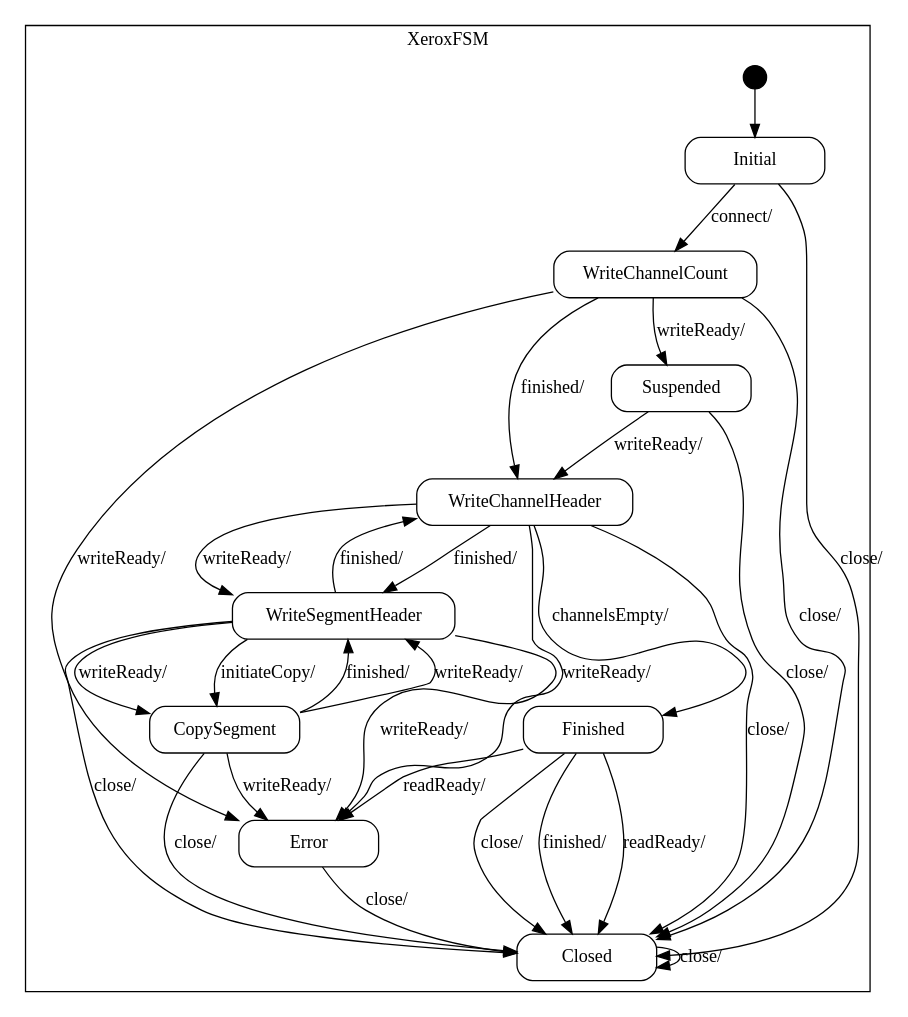
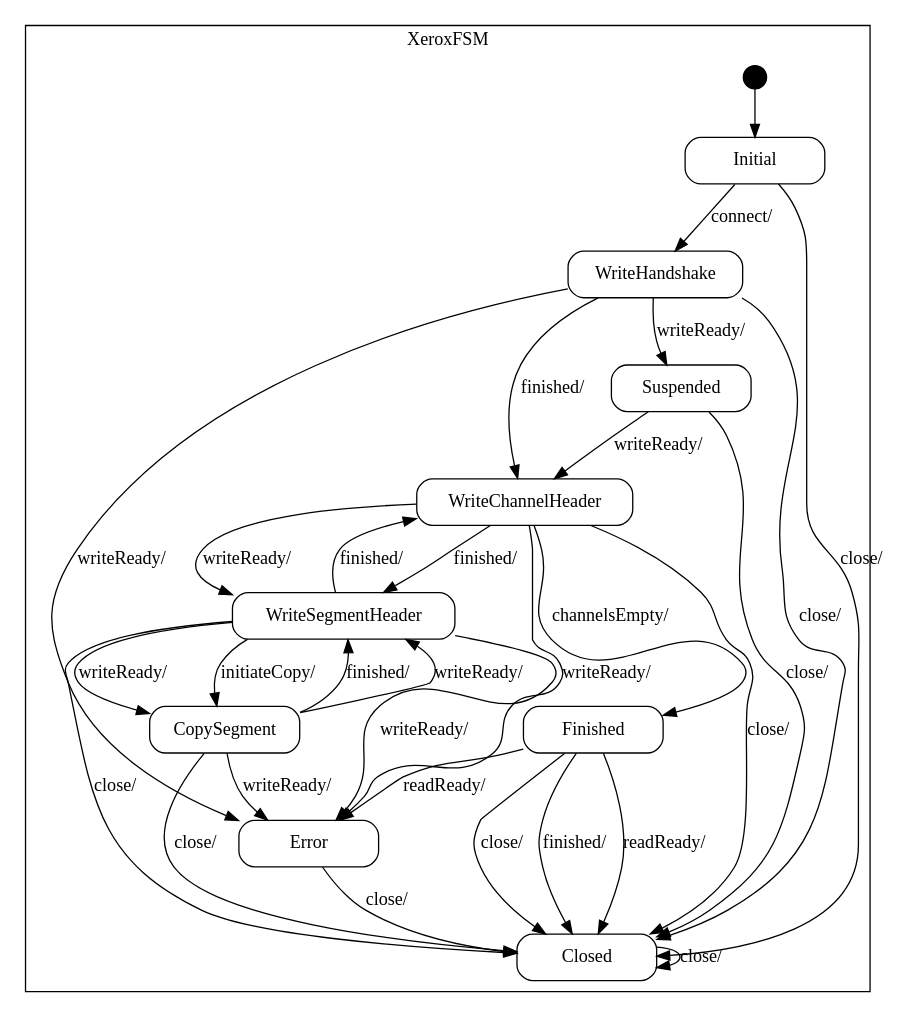
One commit to vmehra-sfdc/Ouroboros changed the diagram in spindle/doc/Xerox_sm.dot. Above: the diagram before and after it, drawn with Graphviz. The commit also changed 10 other files, not shown here.

```diff
--- a/spindle/doc/Xerox_sm.dot
+++ b/spindle/doc/Xerox_sm.dot
@@ -1,135 +1,135 @@
 digraph Xerox {
 
     node
         [shape=Mrecord width=1.5];
 
     subgraph cluster_XeroxFSM {
 
         label="XeroxFSM";
 
         //
         // States (Nodes)
         //
 
         "XeroxFSM::Initial"
             [label="{Initial}"];
 
-        "XeroxFSM::WriteChannelCount"
-            [label="{WriteChannelCount}"];
+        "XeroxFSM::WriteHandshake"
+            [label="{WriteHandshake}"];
 
         "XeroxFSM::Suspended"
             [label="{Suspended}"];
 
         "XeroxFSM::WriteChannelHeader"
             [label="{WriteChannelHeader}"];
 
         "XeroxFSM::WriteSegmentHeader"
             [label="{WriteSegmentHeader}"];
 
         "XeroxFSM::CopySegment"
             [label="{CopySegment}"];
 
         "XeroxFSM::Finished"
             [label="{Finished}"];
 
         "XeroxFSM::Error"
             [label="{Error}"];
 
         "XeroxFSM::Closed"
             [label="{Closed}"];
 
         "%start"
             [label="" shape=circle style=filled fillcolor=black width=0.25];
 
         //
         // Transitions (Edges)
         //
 
-        "XeroxFSM::Initial" -> "XeroxFSM::WriteChannelCount"
+        "XeroxFSM::Initial" -> "XeroxFSM::WriteHandshake"
             [label="connect/\l"];
 
         "XeroxFSM::Initial" -> "XeroxFSM::Closed"
             [label="close/\l"];
 
-        "XeroxFSM::WriteChannelCount" -> "XeroxFSM::WriteChannelHeader"
+        "XeroxFSM::WriteHandshake" -> "XeroxFSM::WriteChannelHeader"
             [label="finished/\l"];
 
-        "XeroxFSM::WriteChannelCount" -> "XeroxFSM::Error"
+        "XeroxFSM::WriteHandshake" -> "XeroxFSM::Error"
             [label="writeReady/\l"];
 
-        "XeroxFSM::WriteChannelCount" -> "XeroxFSM::Suspended"
+        "XeroxFSM::WriteHandshake" -> "XeroxFSM::Suspended"
             [label="writeReady/\l"];
 
-        "XeroxFSM::WriteChannelCount" -> "XeroxFSM::Closed"
+        "XeroxFSM::WriteHandshake" -> "XeroxFSM::Closed"
             [label="close/\l"];
 
         "XeroxFSM::Suspended" -> "XeroxFSM::WriteChannelHeader"
             [label="writeReady/\l"];
 
         "XeroxFSM::Suspended" -> "XeroxFSM::Closed"
             [label="close/\l"];
 
         "XeroxFSM::WriteChannelHeader" -> "XeroxFSM::WriteSegmentHeader"
             [label="finished/\l"];
 
         "XeroxFSM::WriteChannelHeader" -> "XeroxFSM::Error"
             [label="writeReady/\l"];
 
         "XeroxFSM::WriteChannelHeader" -> "XeroxFSM::WriteSegmentHeader"
             [label="writeReady/\l"];
 
         "XeroxFSM::WriteChannelHeader" -> "XeroxFSM::Finished"
             [label="channelsEmpty/\l"];
 
         "XeroxFSM::WriteChannelHeader" -> "XeroxFSM::Closed"
             [label="close/\l"];
 
         "XeroxFSM::WriteSegmentHeader" -> "XeroxFSM::Error"
             [label="writeReady/\l"];
 
         "XeroxFSM::WriteSegmentHeader" -> "XeroxFSM::CopySegment"
             [label="writeReady/\l"];
 
         "XeroxFSM::WriteSegmentHeader" -> "XeroxFSM::CopySegment"
             [label="initiateCopy/\l"];
 
         "XeroxFSM::WriteSegmentHeader" -> "XeroxFSM::WriteChannelHeader"
             [label="finished/\l"];
 
         "XeroxFSM::WriteSegmentHeader" -> "XeroxFSM::Closed"
             [label="close/\l"];
 
         "XeroxFSM::CopySegment" -> "XeroxFSM::WriteSegmentHeader"
             [label="finished/\l"];
 
         "XeroxFSM::CopySegment" -> "XeroxFSM::Error"
             [label="writeReady/\l"];
 
         "XeroxFSM::CopySegment" -> "XeroxFSM::WriteSegmentHeader"
             [label="writeReady/\l"];
 
         "XeroxFSM::CopySegment" -> "XeroxFSM::Closed"
             [label="close/\l"];
 
         "XeroxFSM::Finished" -> "XeroxFSM::Closed"
             [label="finished/\l"];
 
         "XeroxFSM::Finished" -> "XeroxFSM::Error"
             [label="readReady/\l"];
 
         "XeroxFSM::Finished" -> "XeroxFSM::Closed"
             [label="readReady/\l"];
 
         "XeroxFSM::Finished" -> "XeroxFSM::Closed"
             [label="close/\l"];
 
         "XeroxFSM::Error" -> "XeroxFSM::Closed"
             [label="close/\l"];
 
         "XeroxFSM::Closed" -> "XeroxFSM::Closed"
             [label="close/\l"];
 
         "%start" -> "XeroxFSM::Initial"
     }
 
 }
```
